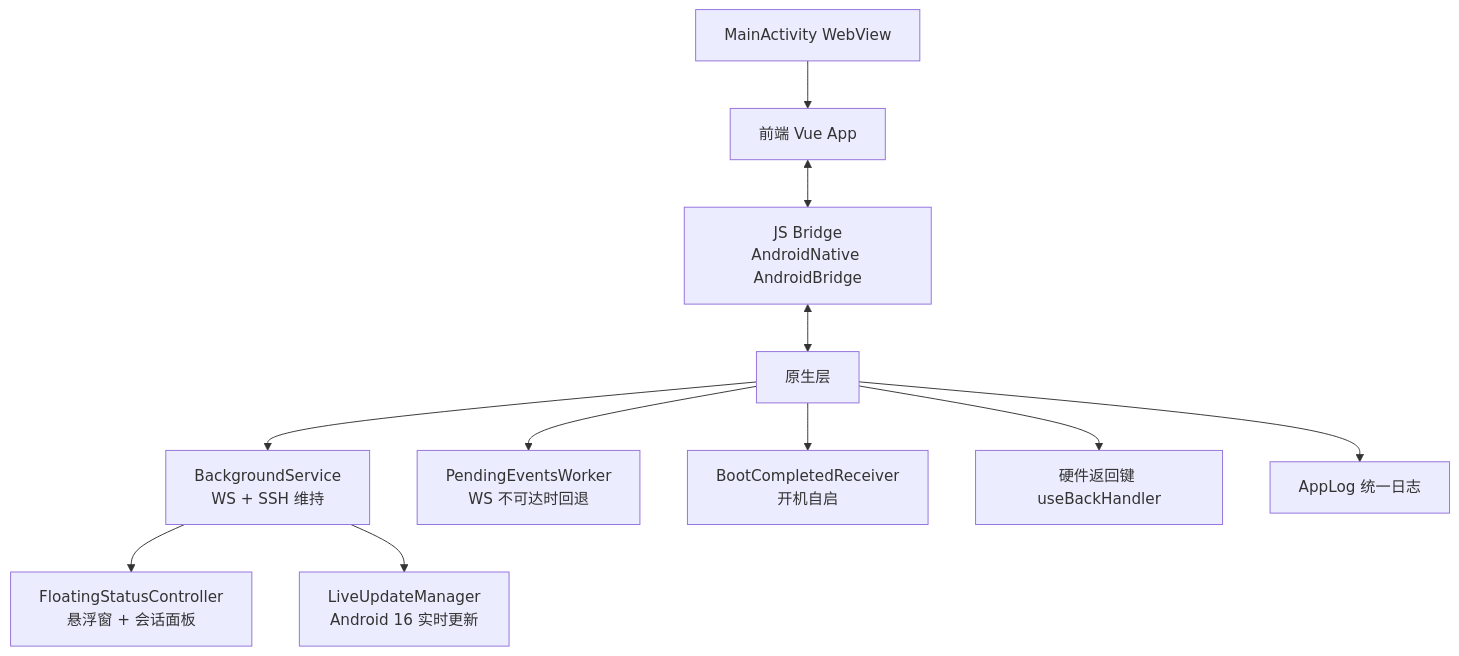
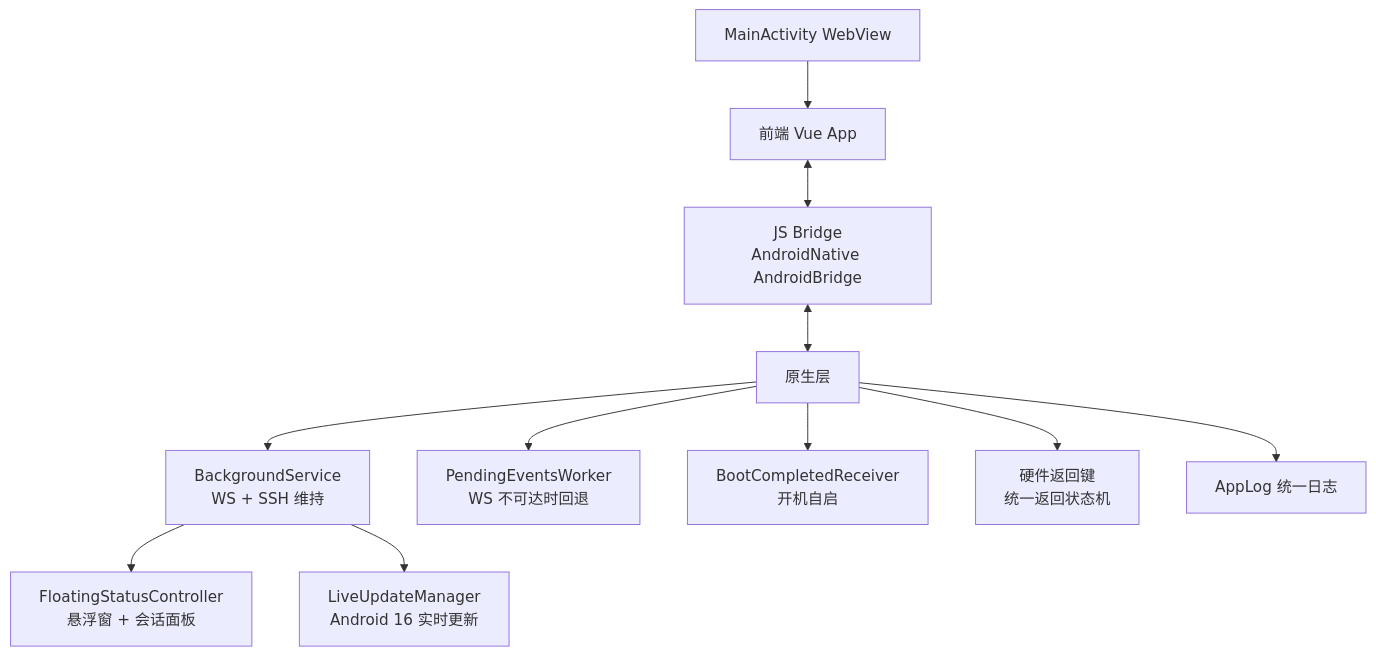
One commit to clawbench-dev/clawbench changed the first of 4 diagrams in docs/spec/client/android-integration.md. Above: the diagram before and after it, drawn with Mermaid. The commit also changed other lines of this file and 7 other files, not shown here.

````diff
--- a/docs/spec/client/android-integration.md
+++ b/docs/spec/client/android-integration.md
@@ -9,13 +9,13 @@
 ```mermaid
 flowchart TD
     A[MainActivity WebView] --> B[前端 Vue App]
     B <--> C[JS Bridge<br/>AndroidNative AndroidBridge]
     C <--> D[原生层]
     D --> E[BackgroundService<br/>WS + SSH 维持]
     D --> F[PendingEventsWorker<br/>WS 不可达时回退]
     D --> G[BootCompletedReceiver<br/>开机自启]
-    D --> I[硬件返回键 useBackHandler]
+    D --> I[硬件返回键<br/>统一返回状态机]
     D --> J[AppLog 统一日志]
     E --> K[FloatingStatusController<br/>悬浮窗 + 会话面板]
     E --> L[LiveUpdateManager<br/>Android 16 实时更新]
 ```
````
